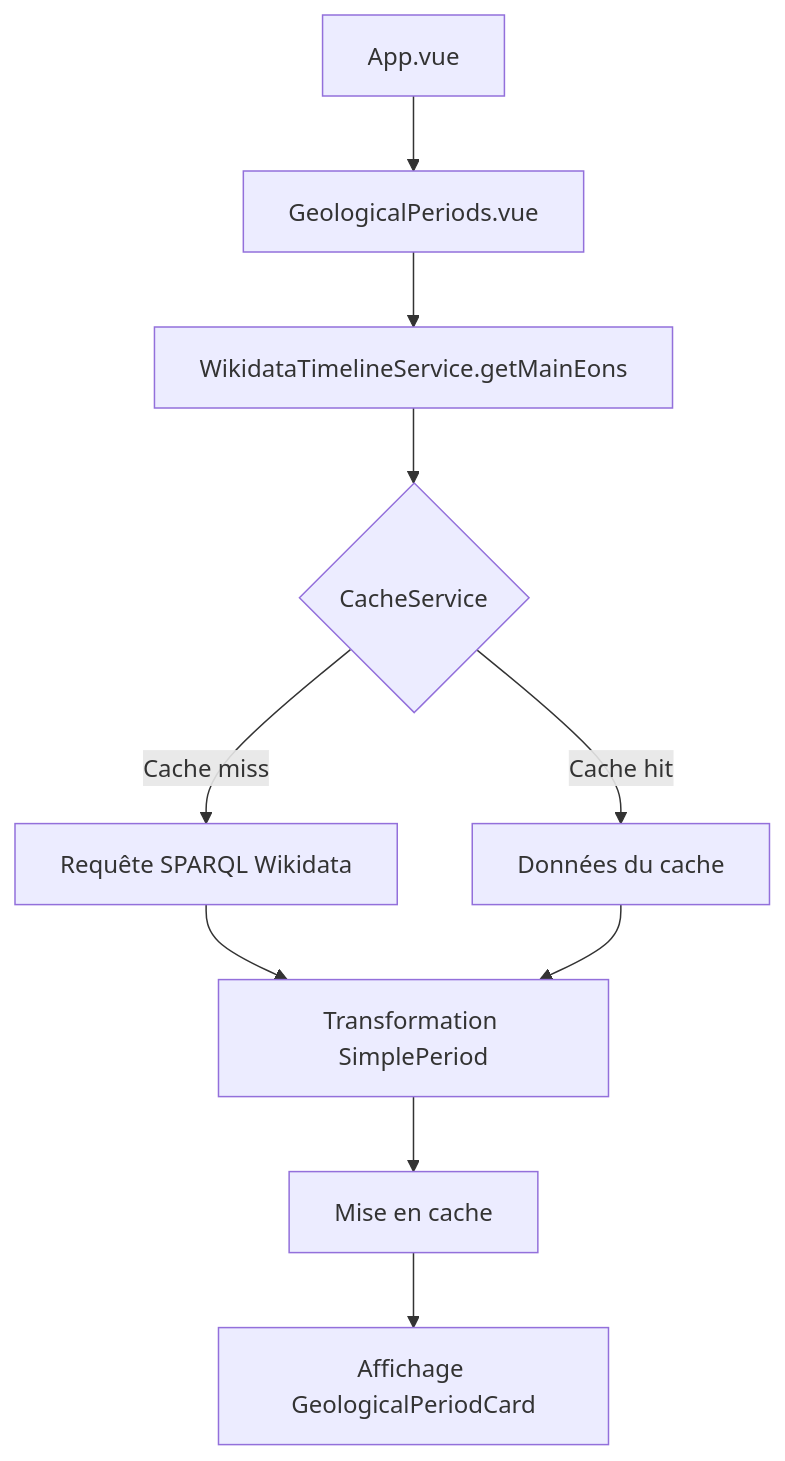
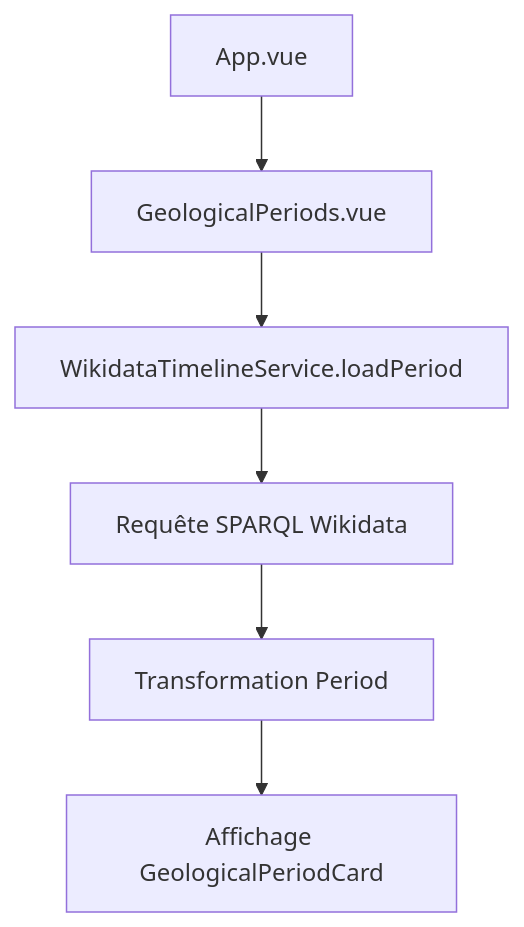
Before and after one commit to flobutbut/UniversalTimeline: the first of 6 diagrams in Documentation-flux-donnees.md, drawn with Mermaid. The commit also changed other lines of this file and 20 other files, not shown here.

````diff
--- a/Documentation-flux-donnees.md
+++ b/Documentation-flux-donnees.md
@@ -15,12 +13,8 @@
 ```mermaid
 graph TD
     A[App.vue] --> B[GeologicalPeriods.vue]
-    B --> C[WikidataTimelineService.getMainEons]
-    C --> D{CacheService}
-    D -->|Cache miss| E[Requête SPARQL Wikidata]
-    D -->|Cache hit| F[Données du cache]
-    E --> G[Transformation SimplePeriod]
-    F --> G
-    G --> H[Mise en cache]
-    H --> I[Affichage GeologicalPeriodCard]
+    B --> C[WikidataTimelineService.loadPeriod]
+    C --> D[Requête SPARQL Wikidata]
+    D --> E[Transformation Period]
+    E --> F[Affichage GeologicalPeriodCard]
 ```
````
